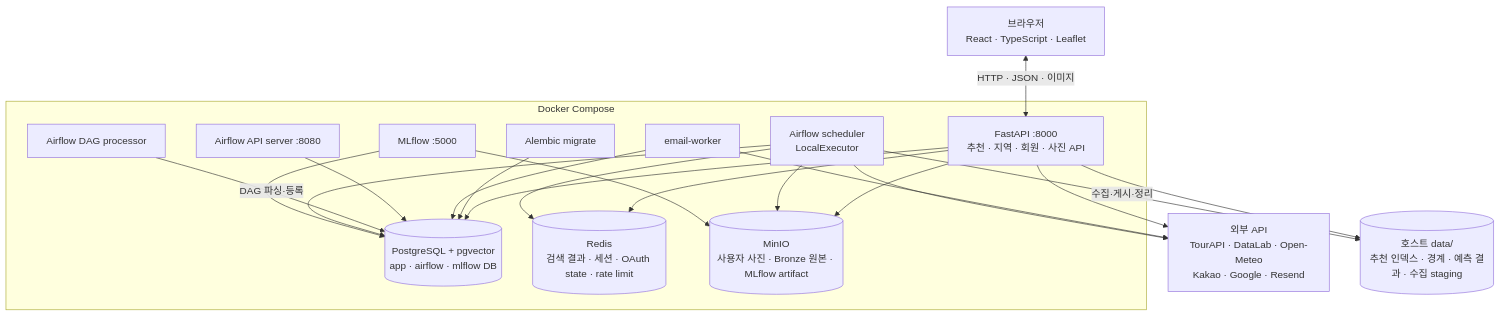
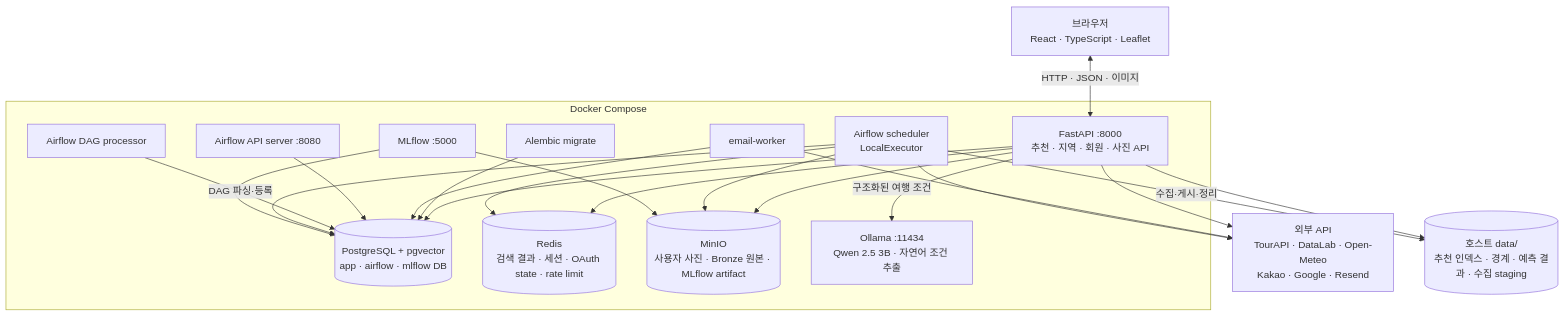
One commit to pihet/abroad-to-korea changed the diagram in README.md. Above: the diagram before and after it, drawn with Mermaid. The commit also changed other lines of this file and 14 other files, not shown here.

Commit message:
feat: Ollama 자연어 여행 추천 추가

````diff
--- a/README.md
+++ b/README.md
@@ -34,38 +35,40 @@
 ```mermaid
 flowchart TB
   USER["브라우저<br/>React · TypeScript · Leaflet"]
   EXT["외부 API<br/>TourAPI · DataLab · Open-Meteo<br/>Kakao · Google · Resend"]
   FILES[("호스트 data/<br/>추천 인덱스 · 경계 · 예측 결과 · 수집 staging")]
 
   subgraph COMPOSE["Docker Compose"]
     API["FastAPI :8000<br/>추천 · 지역 · 회원 · 사진 API"]
     PG[("PostgreSQL + pgvector<br/>app · airflow · mlflow DB")]
     REDIS[("Redis<br/>검색 결과 · 세션 · OAuth state · rate limit")]
     MINIO[("MinIO<br/>사용자 사진 · Bronze 원본 · MLflow artifact")]
     MAIL["email-worker"]
     MIG["Alembic migrate"]
     AFAPI["Airflow API server :8080"]
     AFDP["Airflow DAG processor"]
     AFS["Airflow scheduler<br/>LocalExecutor"]
     MLFLOW["MLflow :5000"]
+    OLLAMA["Ollama :11434<br/>Qwen 2.5 3B · 자연어 조건 추출"]
   end
 
   USER <-- "HTTP · JSON · 이미지" --> API
   API --> FILES
   API --> PG
   API --> REDIS
   API --> MINIO
   API --> EXT
+  API -- "구조화된 여행 조건" --> OLLAMA
   MIG --> PG
   MAIL --> PG
   MAIL --> EXT
   AFAPI --> PG
   AFDP -- "DAG 파싱·등록" --> PG
   AFS -- "수집·게시·정리" --> FILES
   AFS --> PG
   AFS --> MINIO
   AFS --> REDIS
   AFS --> EXT
   MLFLOW --> PG
   MLFLOW --> MINIO
 ```
````
